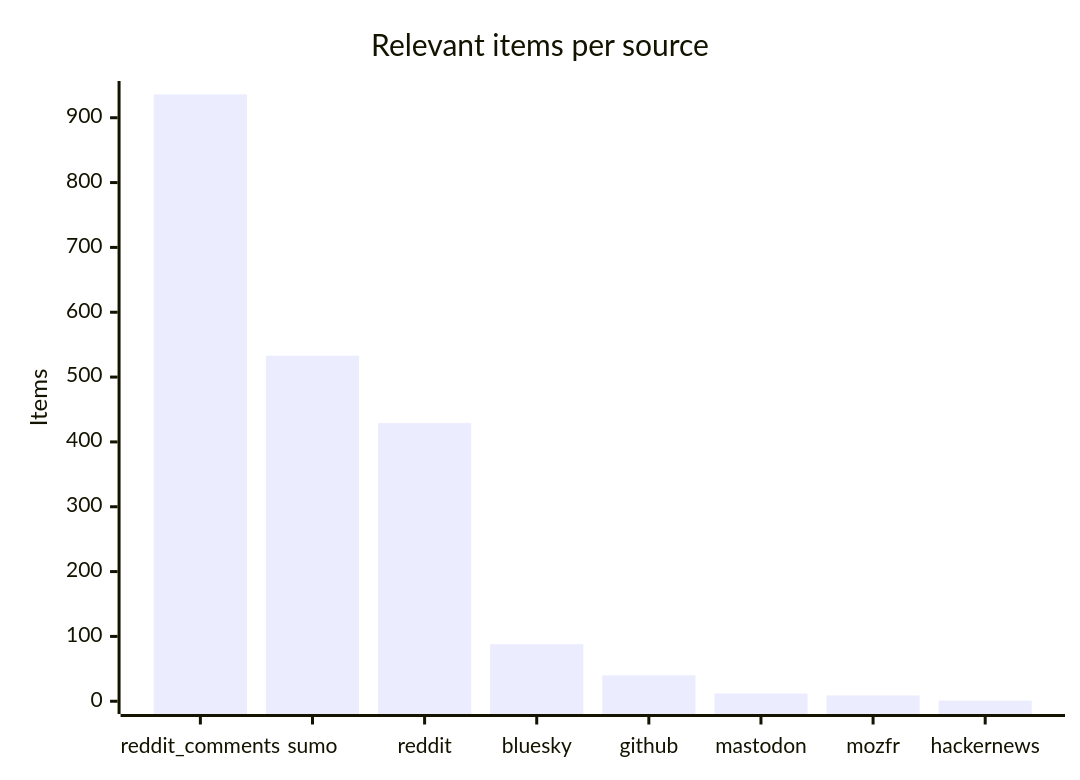
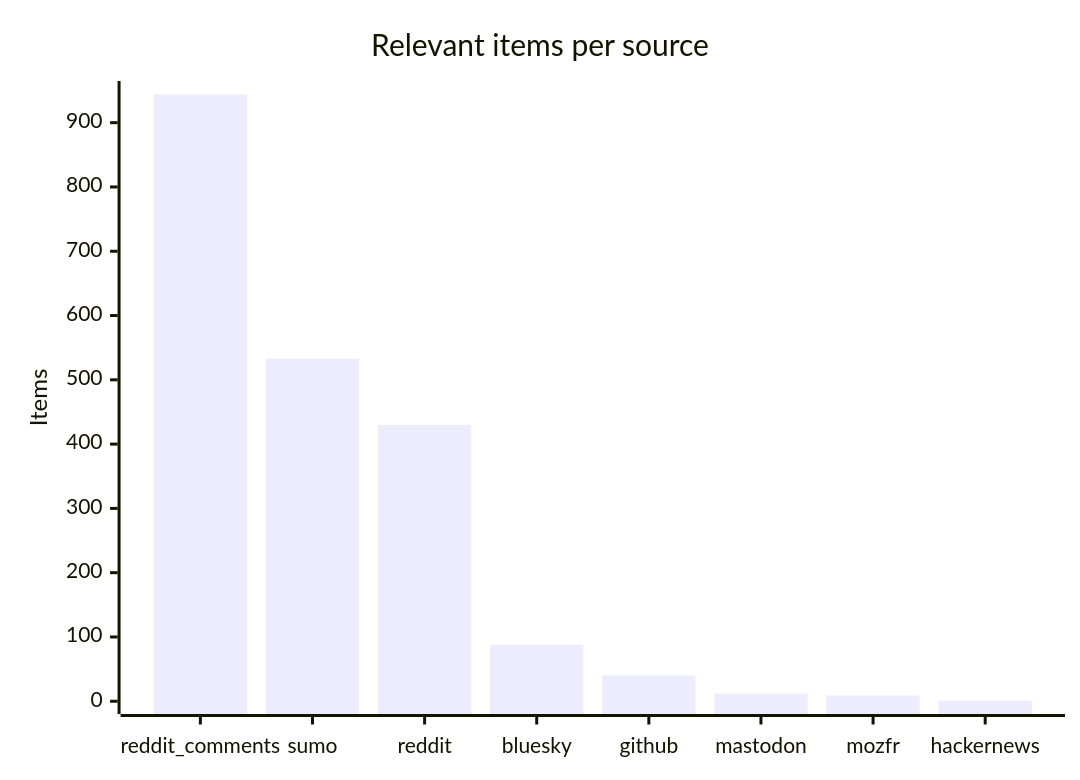
Before and after one commit to martinbalfanz/social-scanner-reports: the third of 4 diagrams in README.md, drawn with Mermaid. The commit also changed other lines of this file and 4 other files, not shown here.

````diff
--- a/README.md
+++ b/README.md
@@ -48,7 +48,7 @@
 ```mermaid
 xychart-beta
     title "Relevant items per source"
     x-axis ["reddit_comments", "sumo", "reddit", "bluesky", "github", "mastodon", "mozfr", "hackernews"]
-    y-axis "Items" 0 --> 937
-    bar [936, 533, 429, 88, 40, 12, 9, 1]
+    y-axis "Items" 0 --> 945
+    bar [944, 533, 430, 88, 40, 12, 9, 1]
 ```
````
